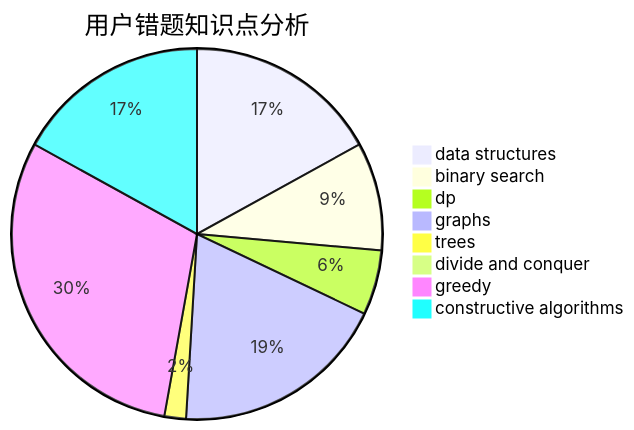
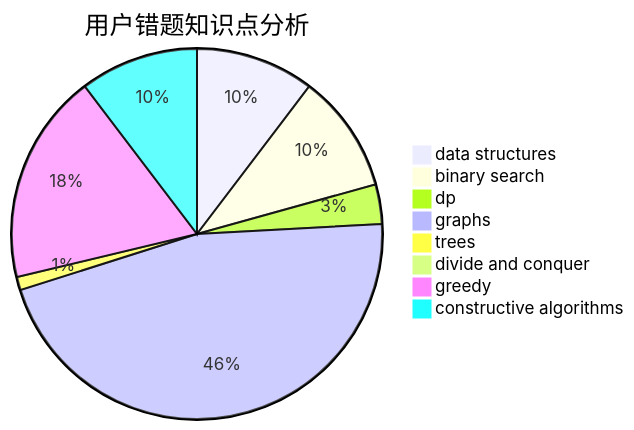
The third of 3 diagrams in docs/user/u259.md (sherpahu/cfrs.github.io), drawn with Mermaid before and after one commit. The commit also changed other lines of this file and 2770 other files, not shown here.

````diff
--- a/docs/user/u259.md
+++ b/docs/user/u259.md
@@ -36,11 +36,11 @@
 ```mermaid
 pie title 用户错题知识点分析
     "data structures" :  9
-    "binary search" :  5
+    "binary search" :  9
     "dp" :  3
-    "graphs" :  10
+    "graphs" :  40
     "trees" :  1
     "divide and conquer" :  0
     "greedy" :  16
     "constructive algorithms" :  9
 ```
````
